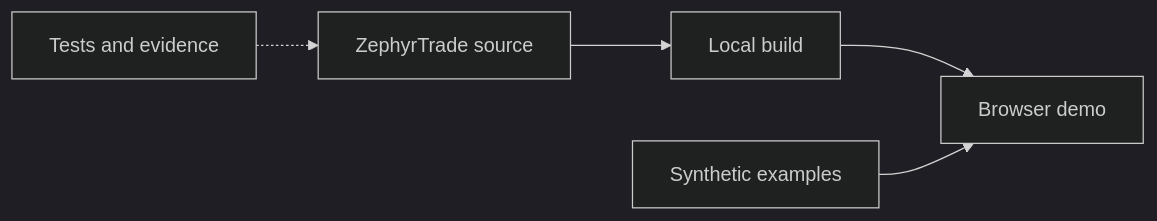
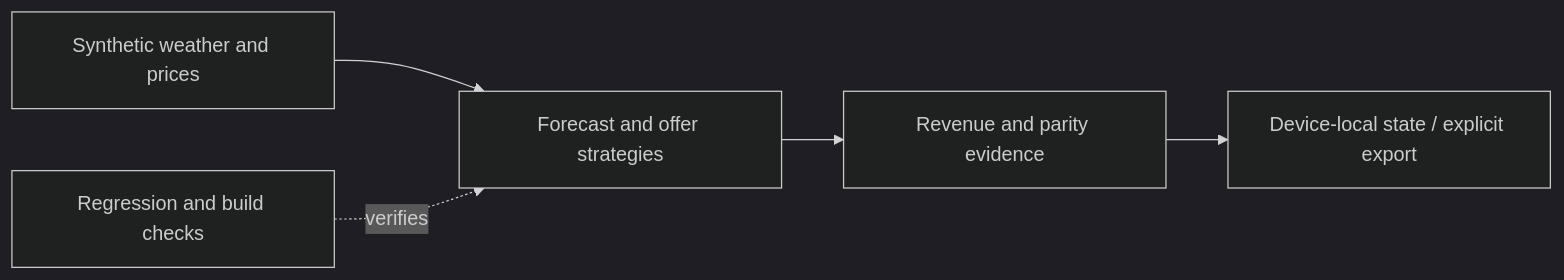
One commit to mohammadrezwankhan/zephyrtrade changed the diagram in docs/architecture/architecture.mmd. Above: the diagram before and after it, drawn with Mermaid (dark theme). The commit also changed 16 other files, not shown here.

```diff
--- a/docs/architecture/architecture.mmd
+++ b/docs/architecture/architecture.mmd
@@ -1,4 +1,5 @@
 flowchart LR
-  S["ZephyrTrade source"] --> B["Local build"] --> U["Browser demo"]
-  D["Synthetic examples"] --> U
-  T["Tests and evidence"] -.-> S
+    I["Synthetic weather and prices"] --> R["Forecast and offer strategies"]
+    R --> V["Revenue and parity evidence"]
+    V --> L["Device-local state / explicit export"]
+    T["Regression and build checks"] -. verifies .-> R
```
